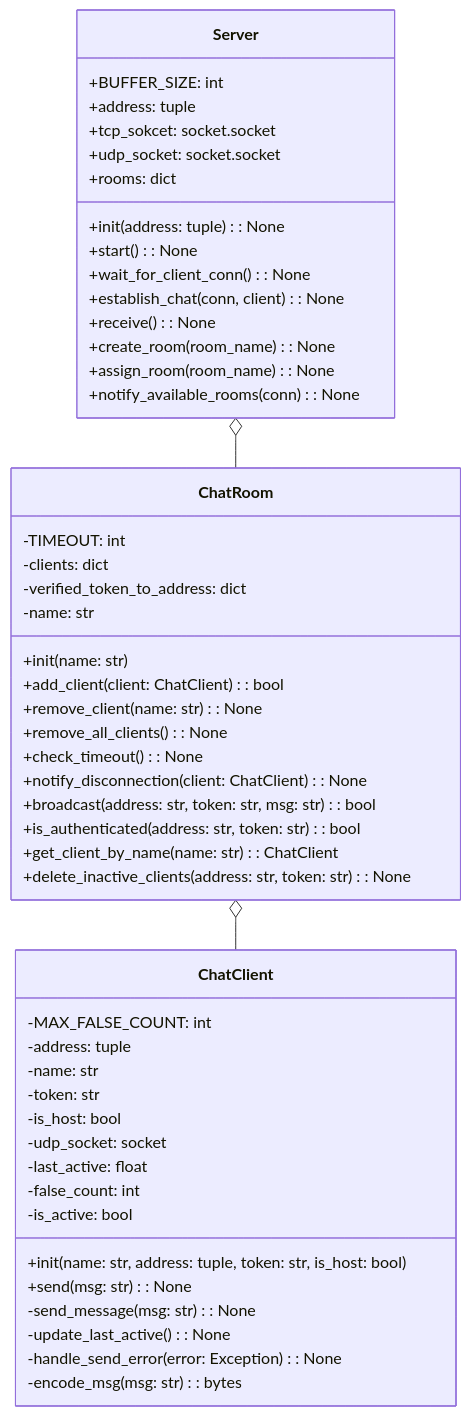
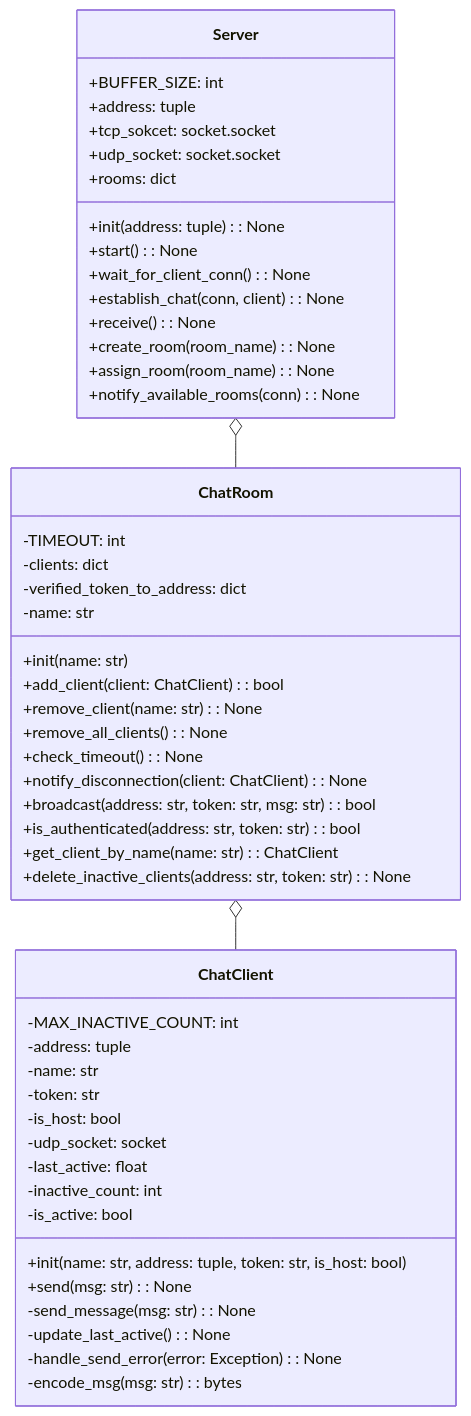
The first of 2 diagrams in README.md (recursion-backend-team-d/online-chat-messenger), drawn with Mermaid before and after one commit. The commit also changed other lines of this file and 1 other file, not shown here.

````diff
--- a/README.md
+++ b/README.md
@@ -7,58 +7,58 @@
 ```mermaid
 classDiagram
 class ChatClient {
-  -MAX_FALSE_COUNT: int
+  -MAX_INACTIVE_COUNT: int
   -address: tuple
   -name: str
   -token: str
   -is_host: bool
   -udp_socket: socket
   -last_active: float
-  -false_count: int
+  -inactive_count: int
   -is_active: bool
 
   +init(name: str, address: tuple, token: str, is_host: bool)
   +send(msg: str): None
   -send_message(msg: str): None
   -update_last_active(): None
   -handle_send_error(error: Exception): None
   -encode_msg(msg: str): bytes
 }
 
 class ChatRoom {
   -TIMEOUT: int
   -clients: dict
   -verified_token_to_address: dict
   -name: str
 
   +init(name: str)
   +add_client(client: ChatClient): bool
   +remove_client(name: str): None
   +remove_all_clients(): None
   +check_timeout(): None
   +notify_disconnection(client: ChatClient): None
   +broadcast(address: str, token: str, msg: str): bool
   +is_authenticated(address: str, token: str): bool
   +get_client_by_name(name: str): ChatClient
   +delete_inactive_clients(address: str, token: str): None
 }
 
 class Server {
   +BUFFER_SIZE: int
   +address: tuple
   +tcp_sokcet: socket.socket
   +udp_socket: socket.socket
   +rooms: dict
 
   +init(address: tuple): None
   +start(): None
   +wait_for_client_conn(): None
   +establish_chat(conn, client): None
   +receive(): None
   +create_room(room_name): None
   +assign_room(room_name): None
   +notify_available_rooms(conn): None
 }
 Server o-- ChatRoom
 ChatRoom o-- ChatClient
 ```
````
